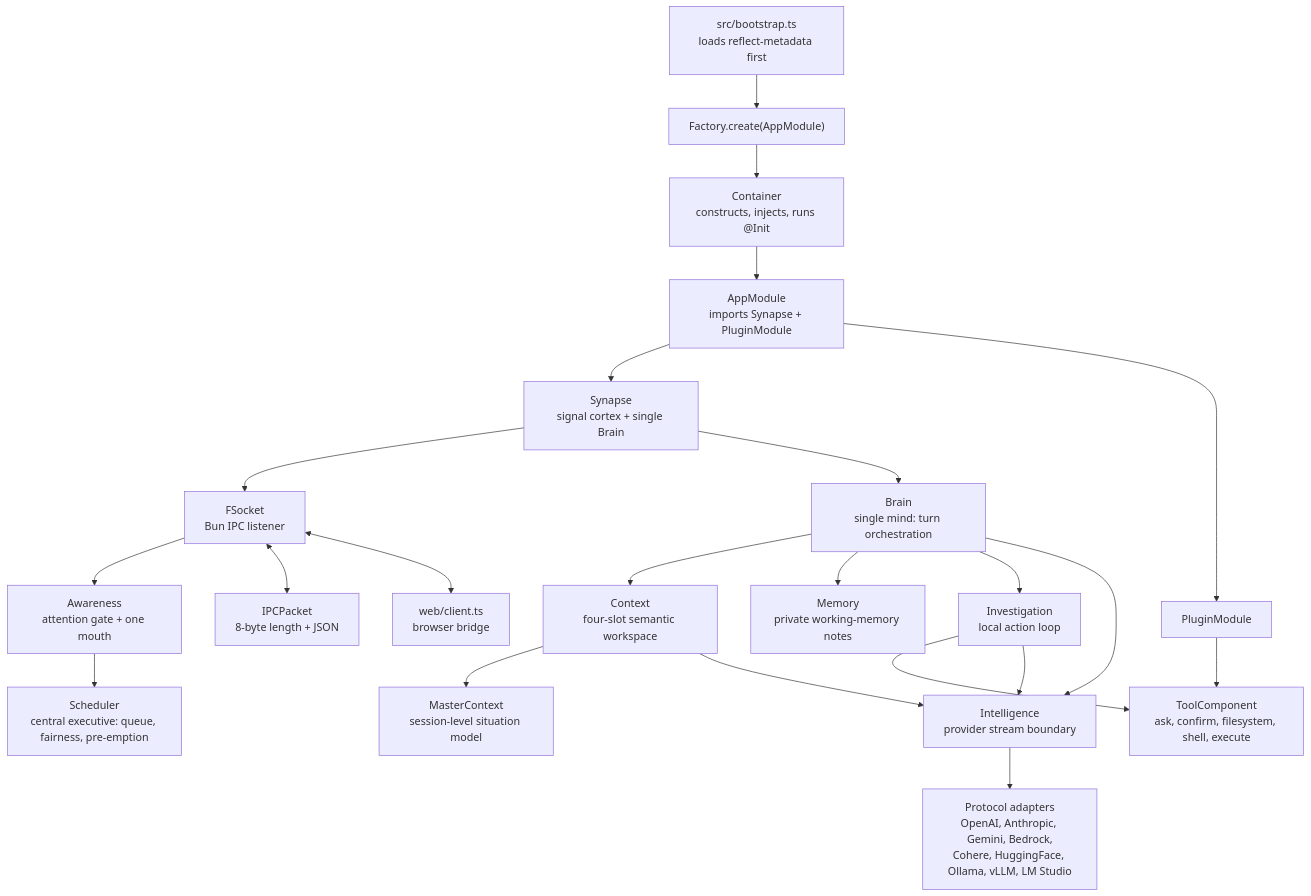
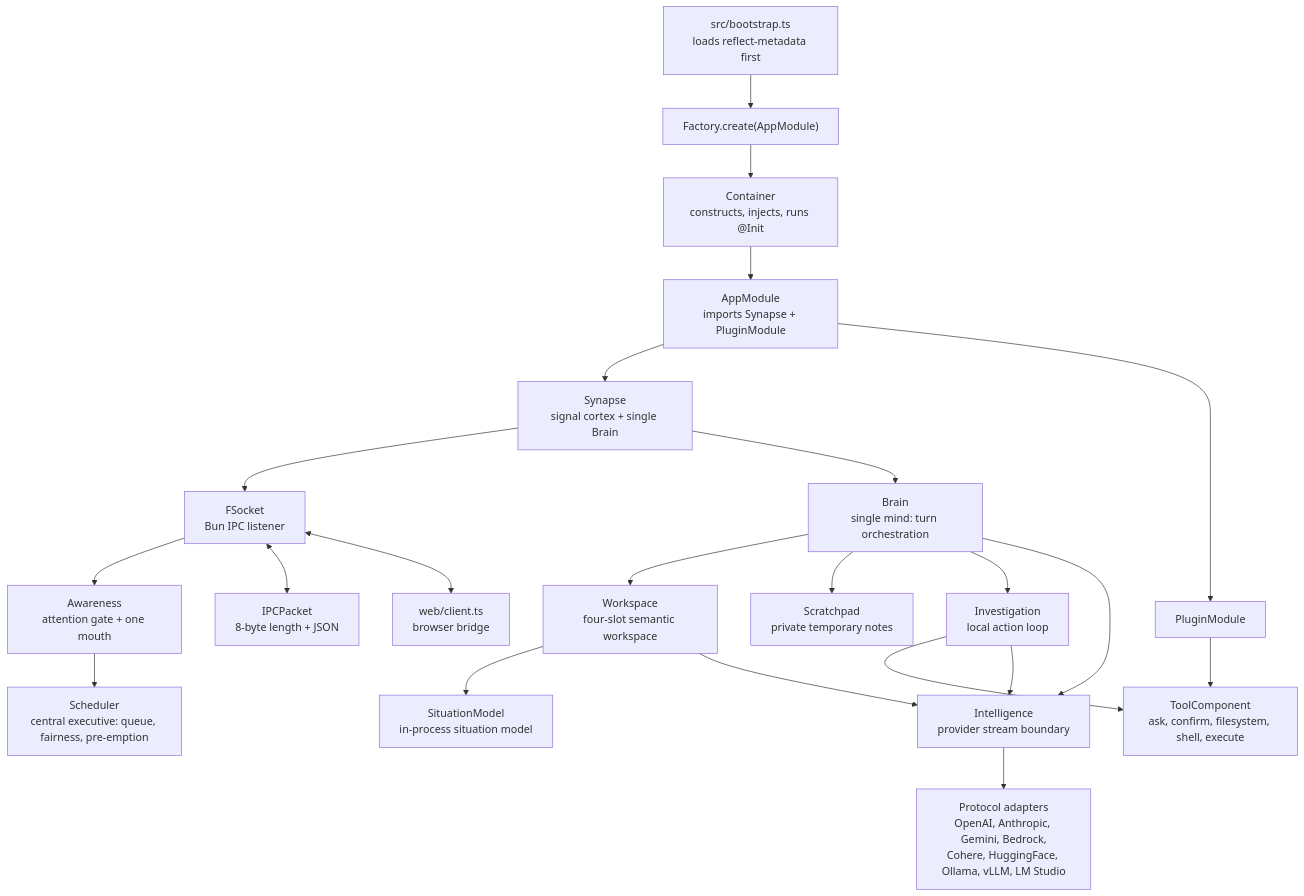
The first of 3 diagrams in README.md (flyflor/flyflor), drawn with Mermaid before and after one commit. The commit also changed other lines of this file and 48 other files, not shown here.

````diff
--- a/README.md
+++ b/README.md
@@ -28,27 +28,27 @@
 ```mermaid
 flowchart TB
     Bootstrap["src/bootstrap.ts<br/>loads reflect-metadata first"] --> Factory["Factory.create(AppModule)"]
     Factory --> Container["Container<br/>constructs, injects, runs @Init"]
     Container --> AppModule["AppModule<br/>imports Synapse + PluginModule"]
 
     AppModule --> Synapse["Synapse<br/>signal cortex + single Brain"]
     AppModule --> PluginModule["PluginModule"]
     PluginModule --> Tools["ToolComponent<br/>ask, confirm, filesystem, shell, execute"]
 
     Synapse --> Socket["FSocket<br/>Bun IPC listener"]
     Socket --> Awareness["Awareness<br/>attention gate + one mouth"]
     Awareness --> Scheduler["Scheduler<br/>central executive: queue, fairness, pre-emption"]
     Socket <--> Packet["IPCPacket<br/>8-byte length + JSON"]
     Socket <--> Client["web/client.ts<br/>browser bridge"]
 
     Synapse --> Brain["Brain<br/>single mind: turn orchestration"]
-    Brain --> Context["Context<br/>four-slot semantic workspace"]
-    Context --> MasterContext["MasterContext<br/>session-level situation model"]
-    Brain --> Memory["Memory<br/>private working-memory notes"]
+    Brain --> Workspace["Workspace<br/>four-slot semantic workspace"]
+    Workspace --> SituationModel["SituationModel<br/>in-process situation model"]
+    Brain --> Scratchpad["Scratchpad<br/>private temporary notes"]
     Brain --> Investigation["Investigation<br/>local action loop"]
     Brain --> Intelligence["Intelligence<br/>provider stream boundary"]
-    Context --> Intelligence
+    Workspace --> Intelligence
     Investigation --> Tools
     Investigation --> Intelligence
     Intelligence --> Protocols["Protocol adapters<br/>OpenAI, Anthropic, Gemini, Bedrock,<br/>Cohere, HuggingFace, Ollama, vLLM, LM Studio"]
 ```
````
